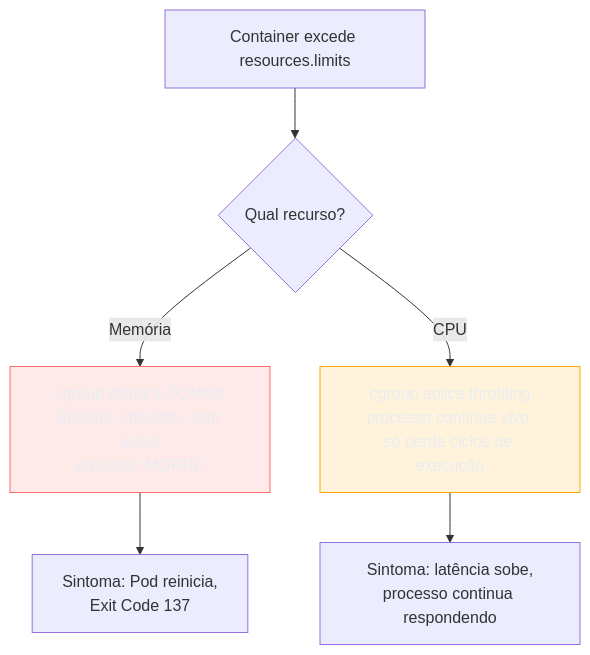
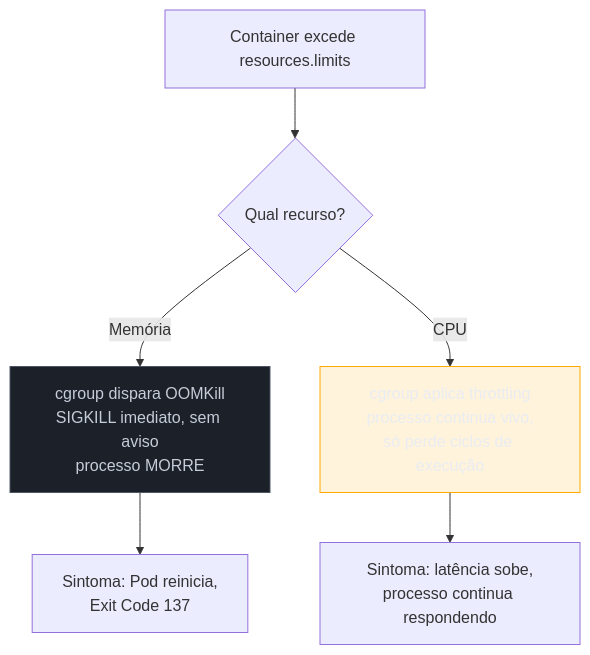
Before and after one commit to josenaldo/codex-technomanticus: the second of 5 diagrams in 03-Dominios/Tecnologia/Python/Cloud-native e produção/03 - Recursos e limites — requests, limits e OOMKill.md, drawn with Mermaid. The commit also changed 601 other files, not shown here.

````diff
--- a/03-Dominios/Tecnologia/Python/Cloud-native e produção/03 - Recursos e limites — requests, limits e OOMKill.md
+++ b/03-Dominios/Tecnologia/Python/Cloud-native e produção/03 - Recursos e limites — requests, limits e OOMKill.md
@@ -89,12 +89,12 @@
 ```mermaid
 flowchart TD
-    classDef falha fill:#FF6B6B24,stroke:#FF6B6B,color:#E9ECF2
+    classDef neutro fill:#1B2029,stroke:#4E5666,color:#C6CCD8
     classDef destaque fill:#FFAA0024,stroke:#FFAA00,color:#E9ECF2
     LIM["Container excede resources.limits"] --> TIPO{"Qual recurso?"}
     TIPO -->|Memória| MEM["cgroup dispara OOMKill<br/>SIGKILL imediato, sem aviso<br/>processo MORRE"]
     TIPO -->|CPU| CPU["cgroup aplica throttling<br/>processo continua vivo,<br/>só perde ciclos de execução"]
     MEM --> SINTOMA1["Sintoma: Pod reinicia,<br/>Exit Code 137"]
     CPU --> SINTOMA2["Sintoma: latência sobe,<br/>processo continua respondendo"]
-    class MEM falha
+    class MEM neutro
     class CPU destaque
 ```
````
